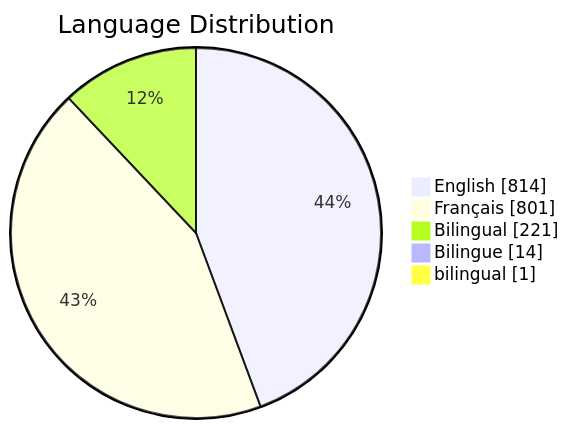
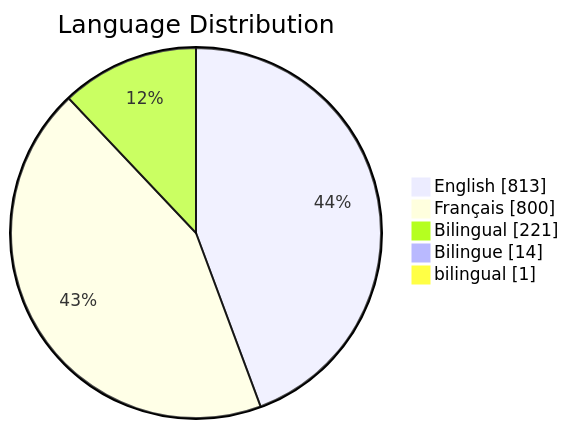
One commit to PatLittle/GC-Socials changed the third of 6 diagrams in README.md. Above: the diagram before and after it, drawn with Mermaid. The commit also changed other lines of this file, not shown here.

Commit message:
Update README with Platform Distribution pie chart

````diff
--- a/README.md
+++ b/README.md
@@ -66,8 +66,8 @@
 ```mermaid
 pie showData title Language Distribution
-    "English": 814
-    "Français": 801
+    "English": 813
+    "Français": 800
     "Bilingual": 221
     "Bilingue": 14
     "bilingual": 1
 ```
````
